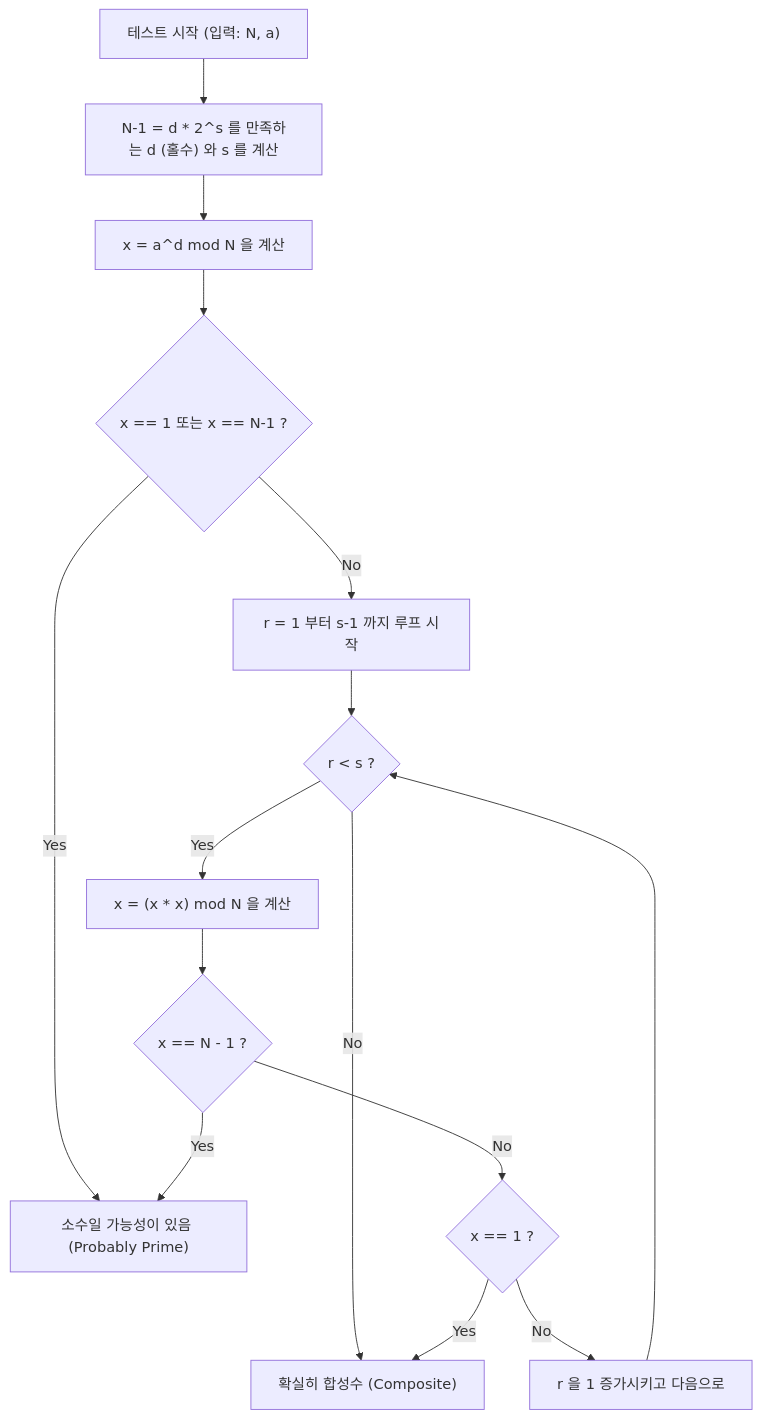
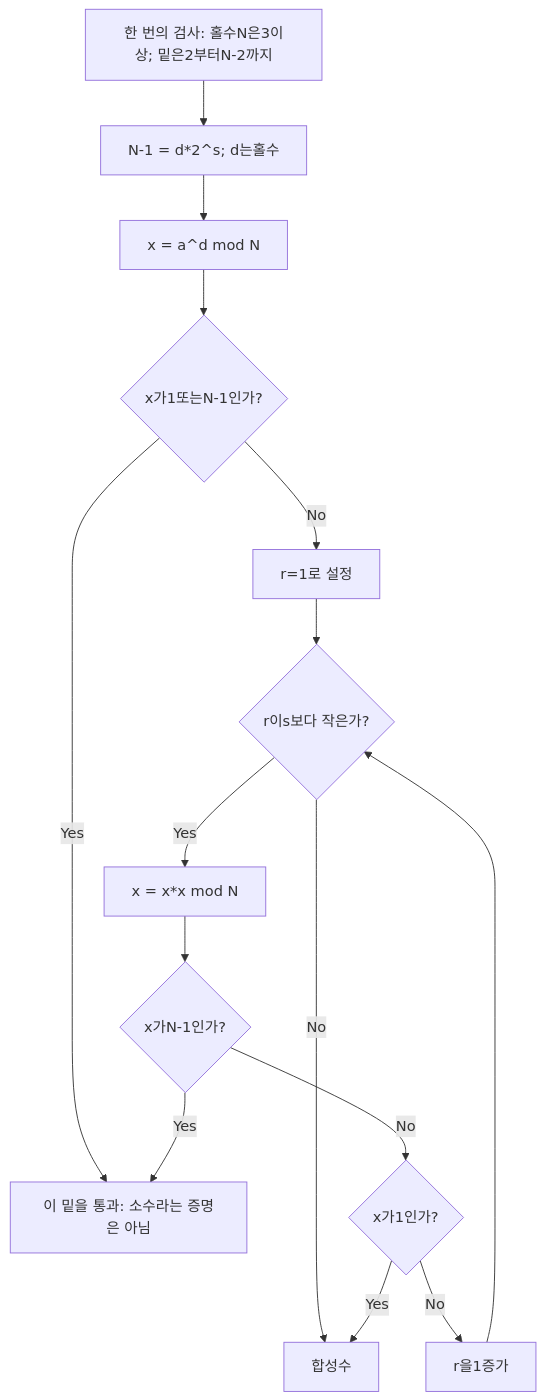
The first of 2 diagrams in content/post/cppで実装する高速な素数判定アルゴリズム/index.ko.md (kenjinote/blog), drawn with Mermaid before and after one commit. The commit also changed other lines of this file and 4 other files, not shown here.

````diff
--- a/content/post/cppで実装する高速な素数判定アルゴリズム/index.ko.md
+++ b/content/post/cppで実装する高速な素数判定アルゴリズム/index.ko.md
@@ -123,20 +116,17 @@
 ```mermaid
 graph TD
-    Start["테스트 시작 (입력: N, a)"] --> CalcDS["N-1 = d * 2^s 를 만족하는 d (홀수) 와 s 를 계산"]
-    CalcDS --> CalcX["x = a^d mod N 을 계산"]
-    CalcX --> CheckX1{"x == 1 또는 x == N-1 ?"}
-    CheckX1 -- Yes --> ReturnTrue["소수일 가능성이 있음 (Probably Prime)"]
-    CheckX1 -- No --> LoopStart["r = 1 부터 s-1 까지 루프 시작"]
-    
-    LoopStart --> LoopCondition{"r < s ?"}
-    LoopCondition -- No --> ReturnFalse["확실히 합성수 (Composite)"]
-    LoopCondition -- Yes --> SquareX["x = (x * x) mod N 을 계산"]
-    
-    SquareX --> CheckXMinus1{"x == N - 1 ?"}
-    CheckXMinus1 -- Yes --> ReturnTrue
-    CheckXMinus1 -- No --> CheckXOne{"x == 1 ?"}
-    
-    CheckXOne -- Yes --> ReturnFalse
-    CheckXOne -- No --> LoopNext["r 을 1 증가시키고 다음으로"]
-    LoopNext --> LoopCondition
+    Start["한 번의 검사: 홀수N은3이상; 밑은2부터N-2까지"] --> DS["N-1 = d*2^s; d는홀수"]
+    DS --> Power["x = a^d mod N"]
+    Power --> First{"x가1또는N-1인가?"}
+    First -- Yes --> Pass["이 밑을 통과: 소수라는 증명은 아님"]
+    First -- No --> Init["r=1로 설정"]
+    Init --> More{"r이s보다 작은가?"}
+    More -- No --> Fail["합성수"]
+    More -- Yes --> Square["x = x*x mod N"]
+    Square --> Minus{"x가N-1인가?"}
+    Minus -- Yes --> Pass
+    Minus -- No --> One{"x가1인가?"}
+    One -- Yes --> Fail
+    One -- No --> Next["r을1증가"]
+    Next --> More
 ```
````
